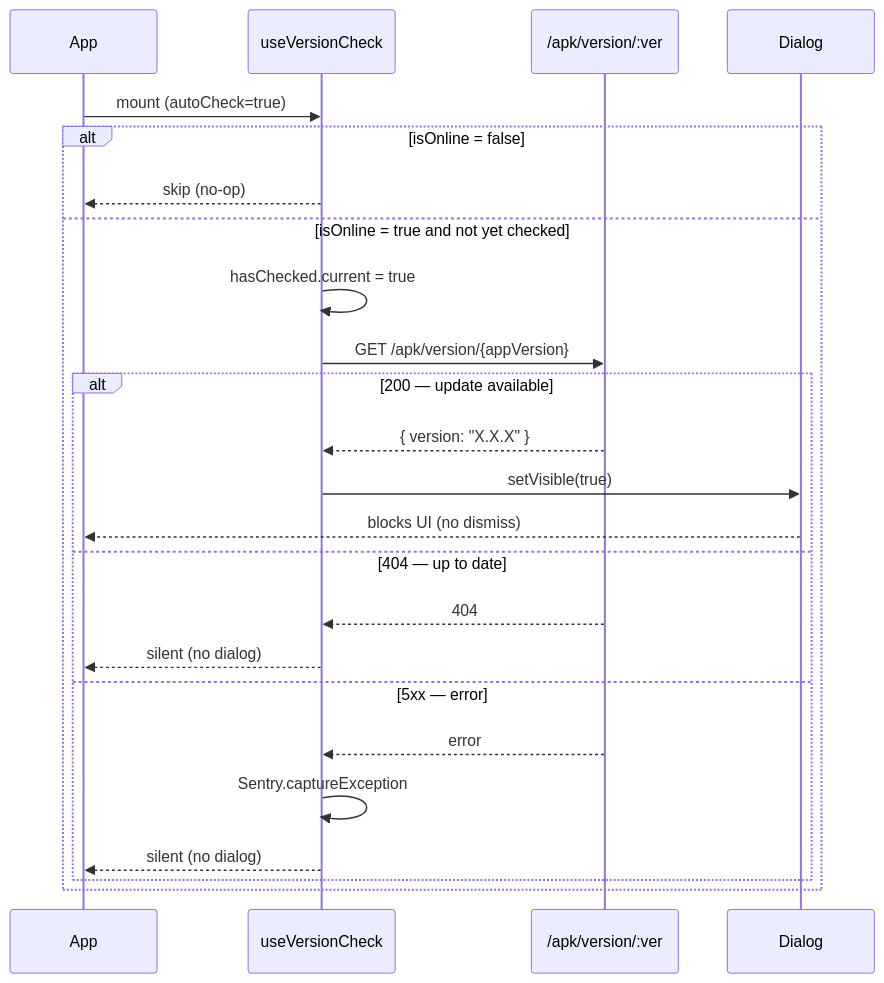
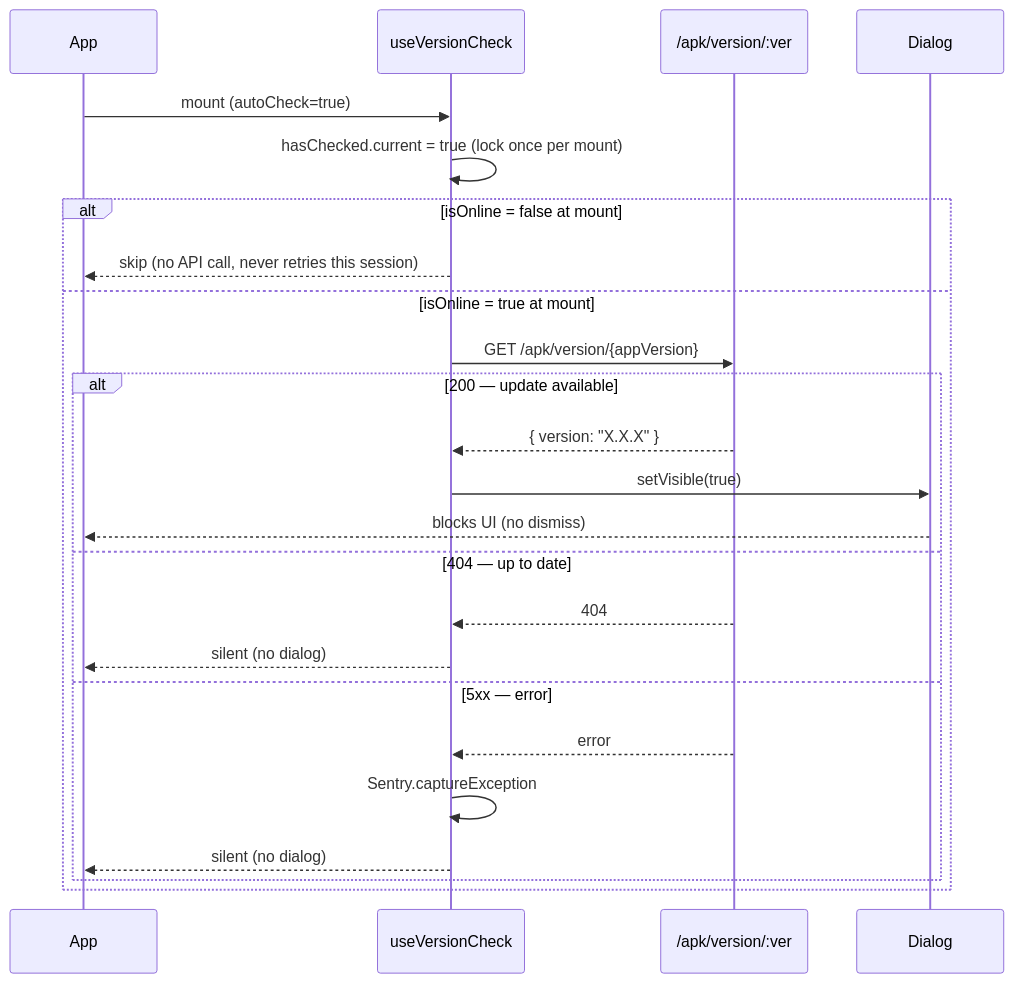
One commit to akvo/iwsims changed the second of 2 diagrams in doc/claude/mobile-auto-update/plan.md. Above: the diagram before and after it, drawn with Mermaid. The commit also changed other lines of this file and 1 other file, not shown here.

````diff
--- a/doc/claude/mobile-auto-update/plan.md
+++ b/doc/claude/mobile-auto-update/plan.md
@@ -56,27 +56,27 @@
 ```mermaid
 sequenceDiagram
     participant App
     participant Hook as useVersionCheck
     participant API as /apk/version/:ver
     participant Dialog
 
     App->>Hook: mount (autoCheck=true)
-    alt isOnline = false
-        Hook-->>App: skip (no-op)
-    else isOnline = true and not yet checked
-        Hook->>Hook: hasChecked.current = true
+    Hook->>Hook: hasChecked.current = true (lock once per mount)
+    alt isOnline = false at mount
+        Hook-->>App: skip (no API call, never retries this session)
+    else isOnline = true at mount
         Hook->>API: GET /apk/version/{appVersion}
         alt 200 — update available
             API-->>Hook: { version: "X.X.X" }
             Hook->>Dialog: setVisible(true)
             Dialog-->>App: blocks UI (no dismiss)
         else 404 — up to date
             API-->>Hook: 404
             Hook-->>App: silent (no dialog)
         else 5xx — error
             API-->>Hook: error
             Hook->>Hook: Sentry.captureException
             Hook-->>App: silent (no dialog)
         end
     end
 ```
````
